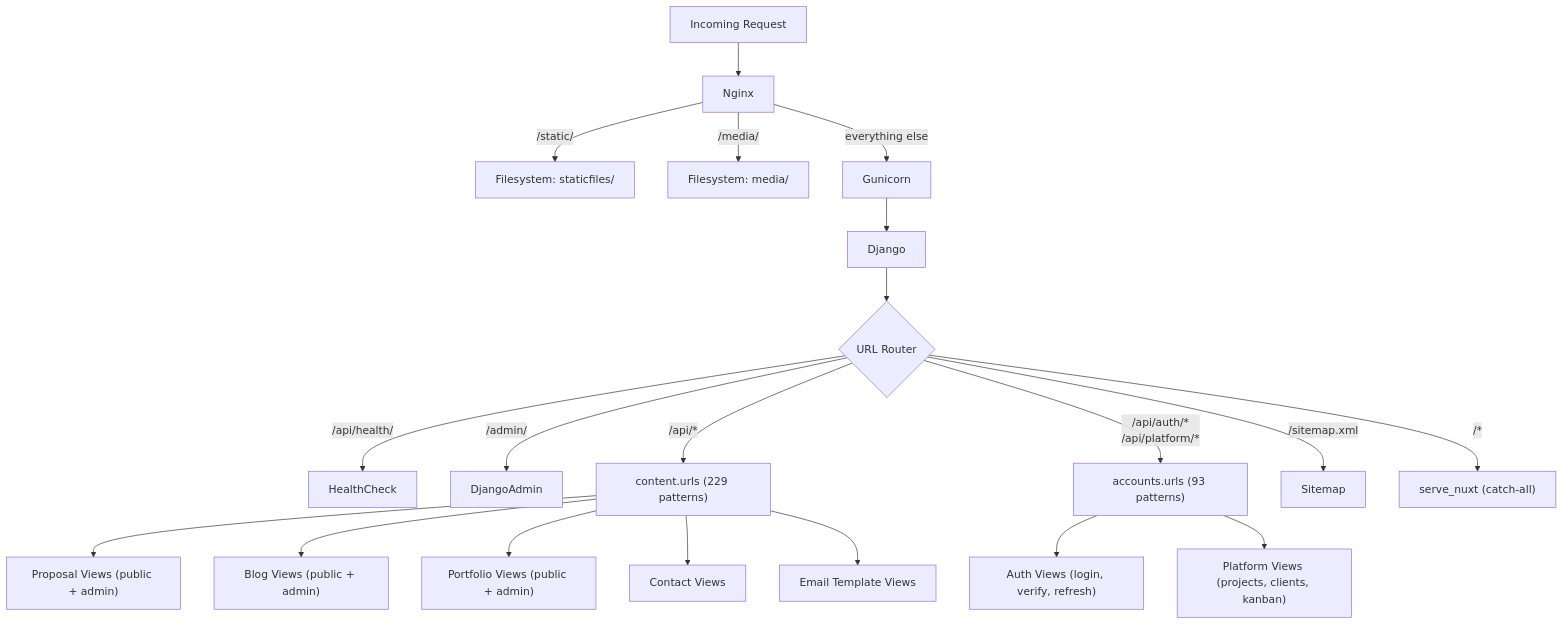
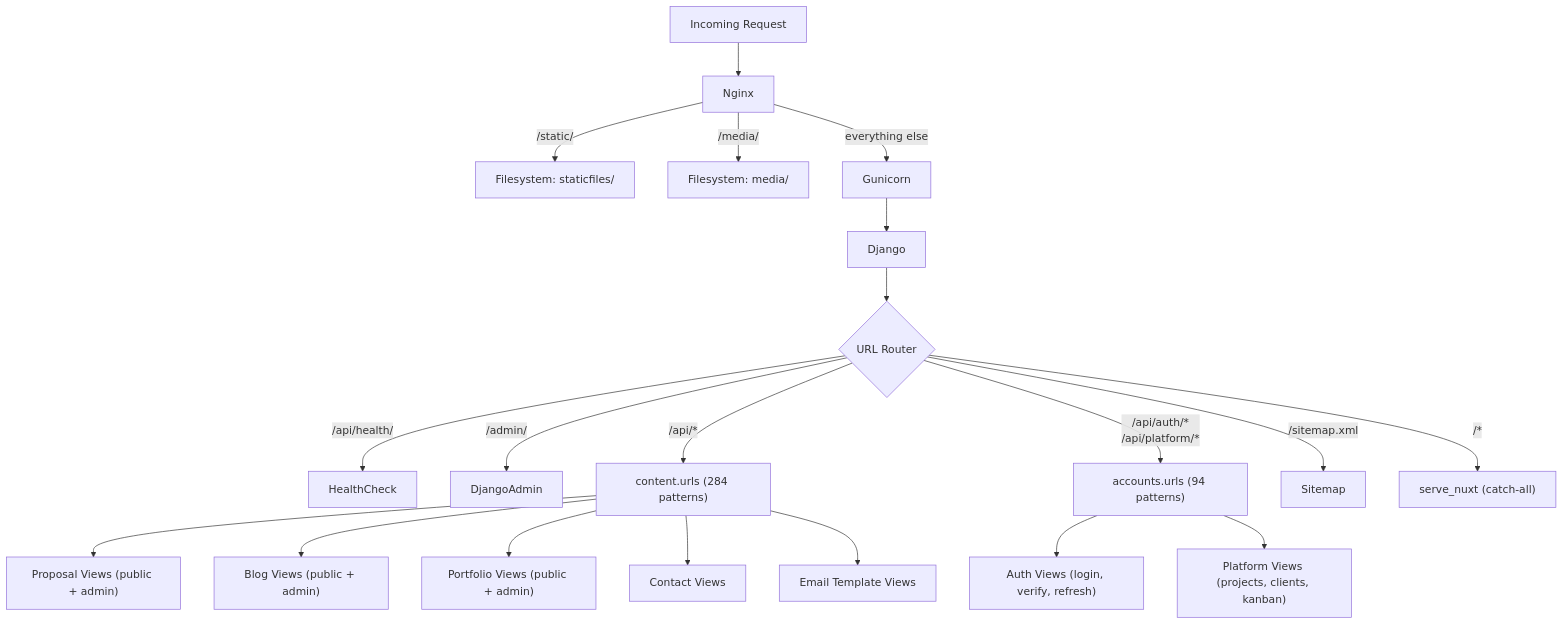
The third of 11 diagrams in docs/methodology/architecture.md (gustavop-dev/projectapp), drawn with Mermaid before and after one commit. The commit also changed 25 other files, not shown here.

````diff
--- a/docs/methodology/architecture.md
+++ b/docs/methodology/architecture.md
@@ -82,28 +82,28 @@
 ```mermaid
 flowchart TD
     Request[Incoming Request] --> Nginx
 
     Nginx -->|/static/| FS1[Filesystem: staticfiles/]
     Nginx -->|/media/| FS2[Filesystem: media/]
     Nginx -->|everything else| Gunicorn
 
     Gunicorn --> Django
     Django --> URLRouter{URL Router}
 
     URLRouter -->|/api/health/| HealthCheck
     URLRouter -->|/admin/| DjangoAdmin
 
-    URLRouter -->|/api/*| ContentURLs["content.urls (229 patterns)"]
-    URLRouter -->|/api/auth/*<br>/api/platform/*| AccountsURLs["accounts.urls (93 patterns)"]
+    URLRouter -->|/api/*| ContentURLs["content.urls (284 patterns)"]
+    URLRouter -->|/api/auth/*<br>/api/platform/*| AccountsURLs["accounts.urls (94 patterns)"]
     URLRouter -->|/sitemap.xml| Sitemap
     URLRouter -->|/*| ServeNuxt["serve_nuxt (catch-all)"]
 
     AccountsURLs --> AuthViews["Auth Views (login, verify, refresh)"]
     AccountsURLs --> PlatformViews["Platform Views (projects, clients, kanban)"]
 
     ContentURLs --> ProposalViews["Proposal Views (public + admin)"]
     ContentURLs --> BlogViews["Blog Views (public + admin)"]
     ContentURLs --> PortfolioViews["Portfolio Views (public + admin)"]
     ContentURLs --> ContactViews["Contact Views"]
     ContentURLs --> EmailTemplateViews["Email Template Views"]
 ```
````
